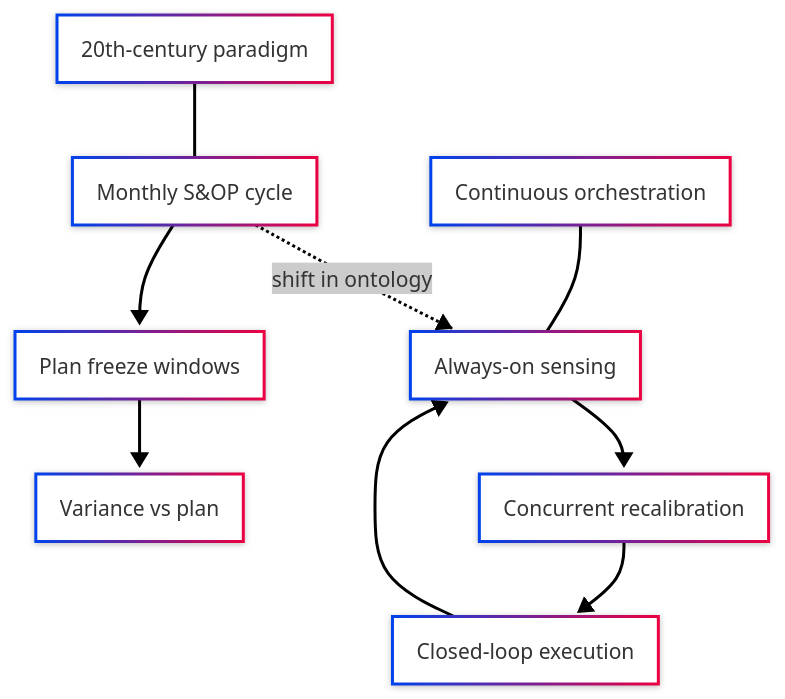
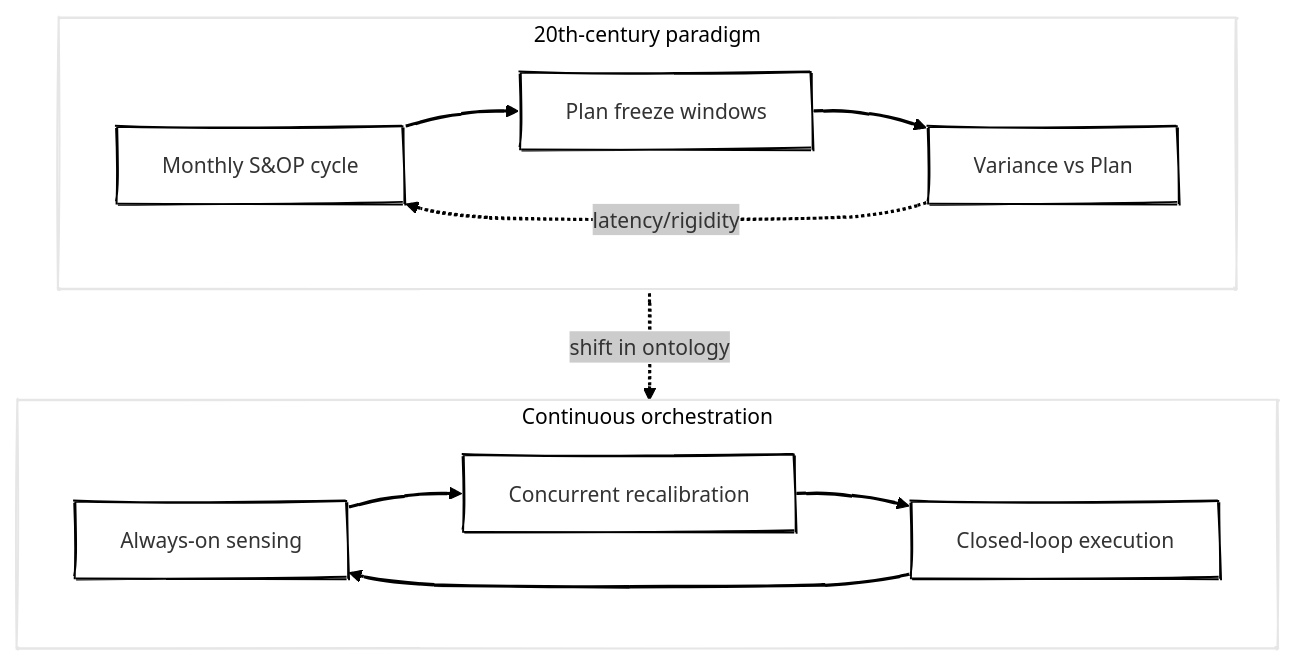
Before and after one commit to antomon/antomon.github.io: the first of 8 diagrams in posts/from-planning-to-orchestration-reimagining-enterprise-beyond-S&OP/index.qmd, drawn with Mermaid. The commit also changed other lines of this file and 4 other files, not shown here.

````diff
--- a/posts/from-planning-to-orchestration-reimagining-enterprise-beyond-S&OP/index.qmd
+++ b/posts/from-planning-to-orchestration-reimagining-enterprise-beyond-S&OP/index.qmd
@@ -50,22 +50,25 @@
 ```{mermaid}
 %%| label: s-op-to-orchestration
 %%| fig-cap: From periodic S&OP to continuous orchestration
 %%| fig-alt: Comparison of calendar-bound planning vs continuous, signal-driven orchestration
 %%| fig-align: "center"
-%%{init: {"theme": "neo", "look": "neo"}}%%
+%%{init: {"theme": "neo", "look": "handDrawn"}}%%
 
 flowchart TD
-  H1["20th-century paradigm"]
-  H2["Continuous orchestration"]
-  A1["Monthly S&OP cycle"]
-  A2["Plan freeze windows"]
-  A3["Variance vs plan"]
-  B1["Always-on sensing"]
-  B2["Concurrent recalibration"]
-  B3["Closed-loop execution"]
+  subgraph A[20th-century paradigm]
+    A1[Monthly S&OP cycle]
+    A2[Plan freeze windows]
+    A3[Variance vs Plan]
+  end
+  subgraph B[Continuous orchestration]
+    B1[Always-on sensing]
+    B2[Concurrent recalibration]
+    B3[Closed-loop execution]
+  end
 
-  H1 --- A1 --> A2 --> A3
-  H2 --- B1 --> B2 --> B3 --> B1
+  A1 --> A2 --> A3
+  A3 -. latency/rigidity .-> A1
 
-  A1 -. "shift in ontology" .-> B1
+  A -. shift in ontology .-> B
+  B1 --> B2 --> B3 --> B1
 ```
````
